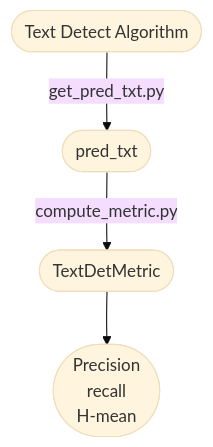
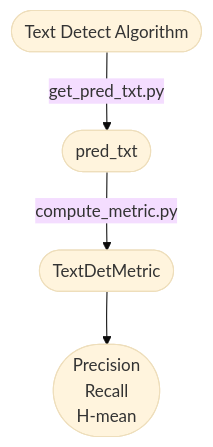
Before and after one commit to SWHL/TextDetMetric: the diagram in README.md, drawn with Mermaid (base theme).

````diff
--- a/README.md
+++ b/README.md
@@ -17,8 +17,8 @@
 ```mermaid
 flowchart TD
 
 A([Text Detect Algorithm]) --get_pred_txt.py--> B([pred_txt])
 B --compute_metric.py--> C([TextDetMetric]) --> Metric(["Precision
-recall
+Recall
 H-mean"])
 ```
````
